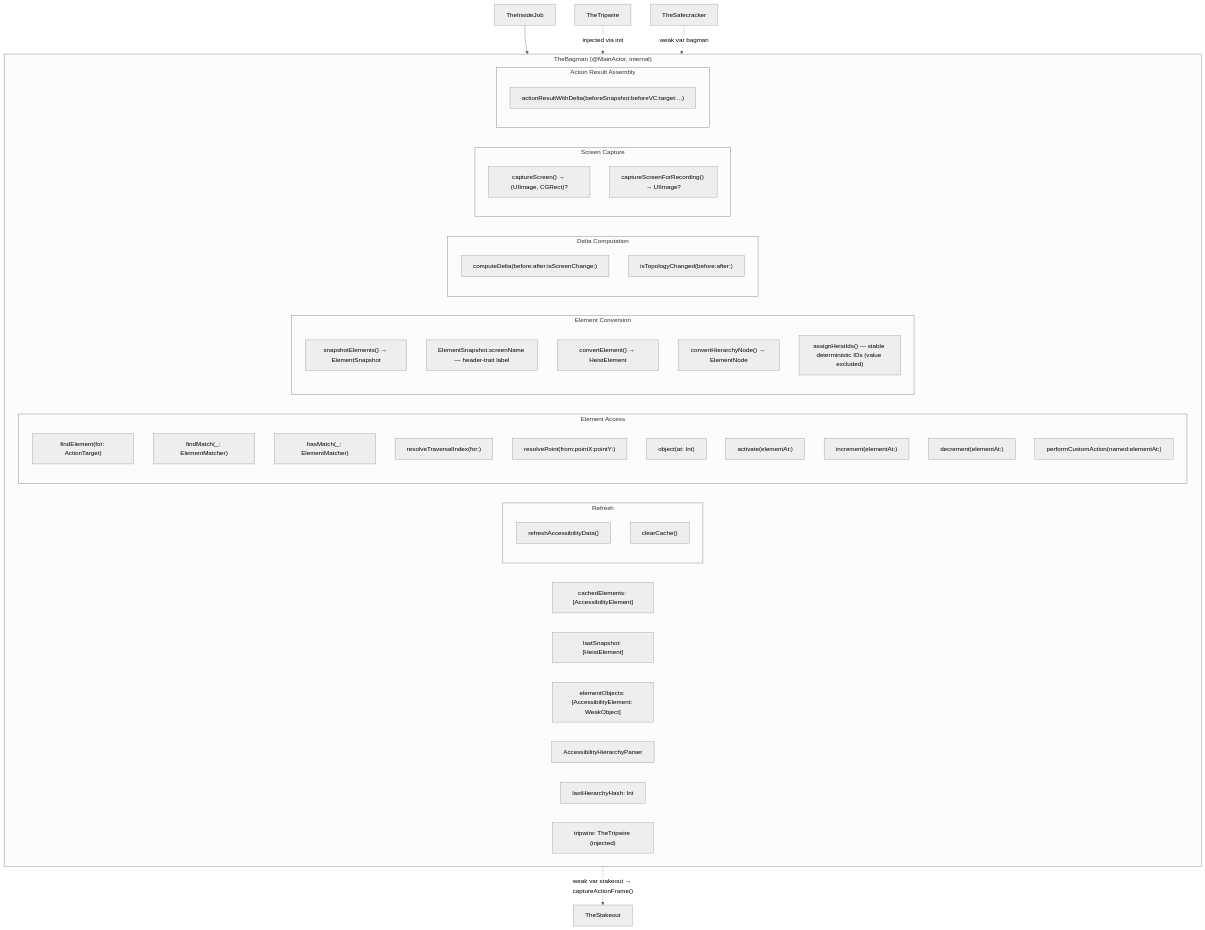
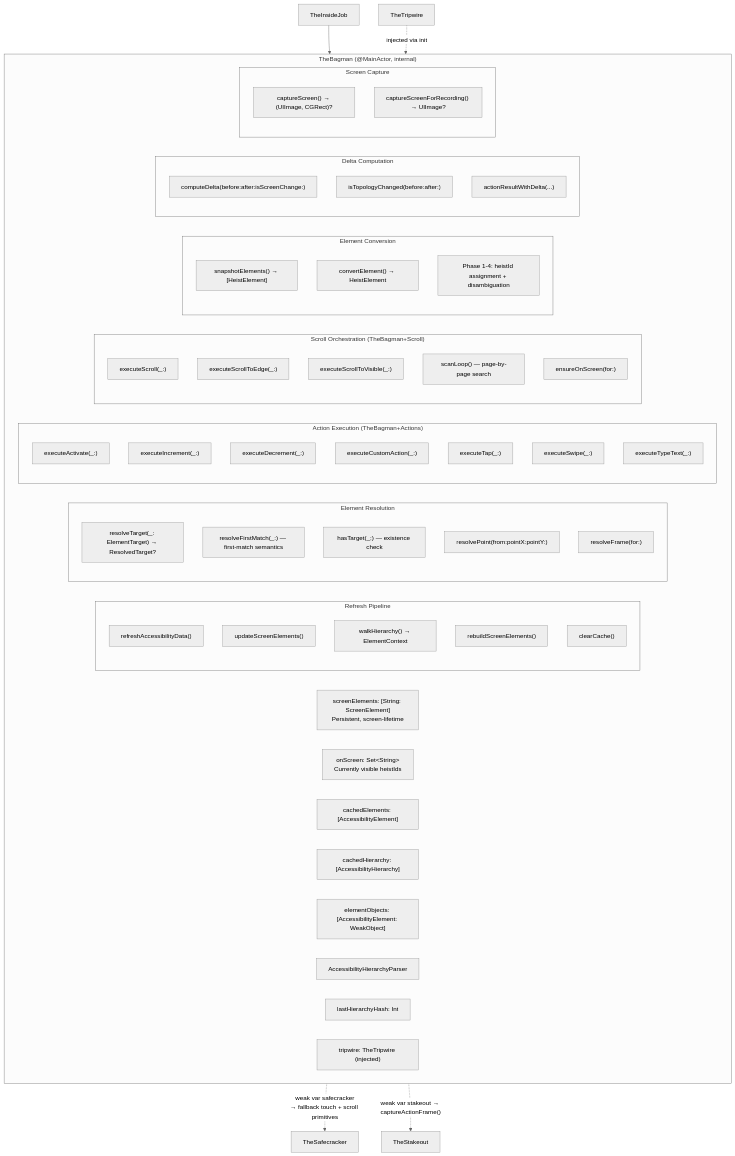
One commit to RoyalPineapple/TheButtonHeist changed the second of 9 diagrams in docs/dossiers/13-THEBAGMAN.md. Above: the diagram before and after it, drawn with Mermaid (neutral theme). The commit also changed other lines of this file and 61 other files, not shown here.

First line of the commit message:
feat: unified element targeting with persistent screen-lifetime registry (#161)

````diff
--- a/docs/dossiers/13-THEBAGMAN.md
+++ b/docs/dossiers/13-THEBAGMAN.md
@@ -25,56 +64,69 @@
 ```mermaid
 graph TD
     subgraph TheBagman["TheBagman (@MainActor, internal)"]
+        Registry["screenElements: [String: ScreenElement]<br/>Persistent, screen-lifetime"]
+        OnScreen["onScreen: Set&lt;String&gt;<br/>Currently visible heistIds"]
         Cache["cachedElements: [AccessibilityElement]"]
-        LastSnap["lastSnapshot: [HeistElement]"]
+        Hierarchy["cachedHierarchy: [AccessibilityHierarchy]"]
         WeakRefs["elementObjects: [AccessibilityElement: WeakObject]"]
         Parser["AccessibilityHierarchyParser"]
         Hash["lastHierarchyHash: Int"]
         Tripwire["tripwire: TheTripwire (injected)"]
 
-        subgraph Refresh["Refresh"]
+        subgraph Refresh["Refresh Pipeline"]
             RefreshData["refreshAccessibilityData()"]
+            UpdateScreen["updateScreenElements()"]
+            WalkHierarchy["walkHierarchy() → ElementContext"]
+            RebuildScreen["rebuildScreenElements()"]
             ClearCache["clearCache()"]
         end
 
-        subgraph ElementAccess["Element Access"]
-            FindElement["findElement(for: ActionTarget)"]
-            FindMatch["findMatch(_: ElementMatcher)"]
-            HasMatch["hasMatch(_: ElementMatcher)"]
-            ResolveIndex["resolveTraversalIndex(for:)"]
+        subgraph Resolution["Element Resolution"]
+            ResolveTarget["resolveTarget(_: ElementTarget) → ResolvedTarget?"]
+            ResolveFirstMatch["resolveFirstMatch(_:) — first-match semantics"]
+            HasTarget["hasTarget(_:) — existence check"]
             ResolvePoint["resolvePoint(from:pointX:pointY:)"]
-            ObjectAt["object(at: Int)"]
-            Activate["activate(elementAt:)"]
-            Increment["increment(elementAt:)"]
-            Decrement["decrement(elementAt:)"]
-            CustomAction["performCustomAction(named:elementAt:)"]
+            ResolveFrame["resolveFrame(for:)"]
+        end
+
+        subgraph Actions["Action Execution (TheBagman+Actions)"]
+            Activate["executeActivate(_:)"]
+            Increment["executeIncrement(_:)"]
+            Decrement["executeDecrement(_:)"]
+            CustomAction["executeCustomAction(_:)"]
+            Tap["executeTap(_:)"]
+            Swipe["executeSwipe(_:)"]
+            TypeText["executeTypeText(_:)"]
+        end
+
+        subgraph Scrolling["Scroll Orchestration (TheBagman+Scroll)"]
+            Scroll["executeScroll(_:)"]
+            ScrollEdge["executeScrollToEdge(_:)"]
+            ScrollVisible["executeScrollToVisible(_:)"]
+            ScanLoop["scanLoop() — page-by-page search"]
+            EnsureOnScreen["ensureOnScreen(for:)"]
         end
 
         subgraph Conversion["Element Conversion"]
-            Snapshot["snapshotElements() → ElementSnapshot"]
-            ScreenName["ElementSnapshot.screenName — header-trait label"]
+            Snapshot["snapshotElements() → [HeistElement]"]
             Convert["convertElement() → HeistElement"]
-            ConvertTree["convertHierarchyNode() → ElementNode"]
-            AssignIds["assignHeistIds() — stable deterministic IDs (value excluded)"]
+            AssignIds["Phase 1-4: heistId assignment + disambiguation"]
         end
 
         subgraph Delta["Delta Computation"]
             ComputeDelta["computeDelta(before:after:isScreenChange:)"]
             TopoChanged["isTopologyChanged(before:after:)"]
+            ActionResult["actionResultWithDelta(...)"]
         end
 
         subgraph Screen["Screen Capture"]
             CaptureScreen["captureScreen() → (UIImage, CGRect)?"]
             CaptureRecording["captureScreenForRecording() → UIImage?"]
         end
-
-        subgraph ActionResult["Action Result Assembly"]
-            ResultDelta["actionResultWithDelta(beforeSnapshot:beforeVC:target:...)"]
-        end
     end
 
     TheInsideJob["TheInsideJob"] --> TheBagman
     TheTripwire["TheTripwire"] -.->|injected via init| TheBagman
-    TheSafecracker["TheSafecracker"] -.->|weak var bagman| TheBagman
+    TheBagman -.->|"weak var safecracker<br/>→ fallback touch + scroll primitives"| TheSafecracker["TheSafecracker"]
     TheBagman -.->|"weak var stakeout → captureActionFrame()"| TheStakeout["TheStakeout"]
 ```
````
